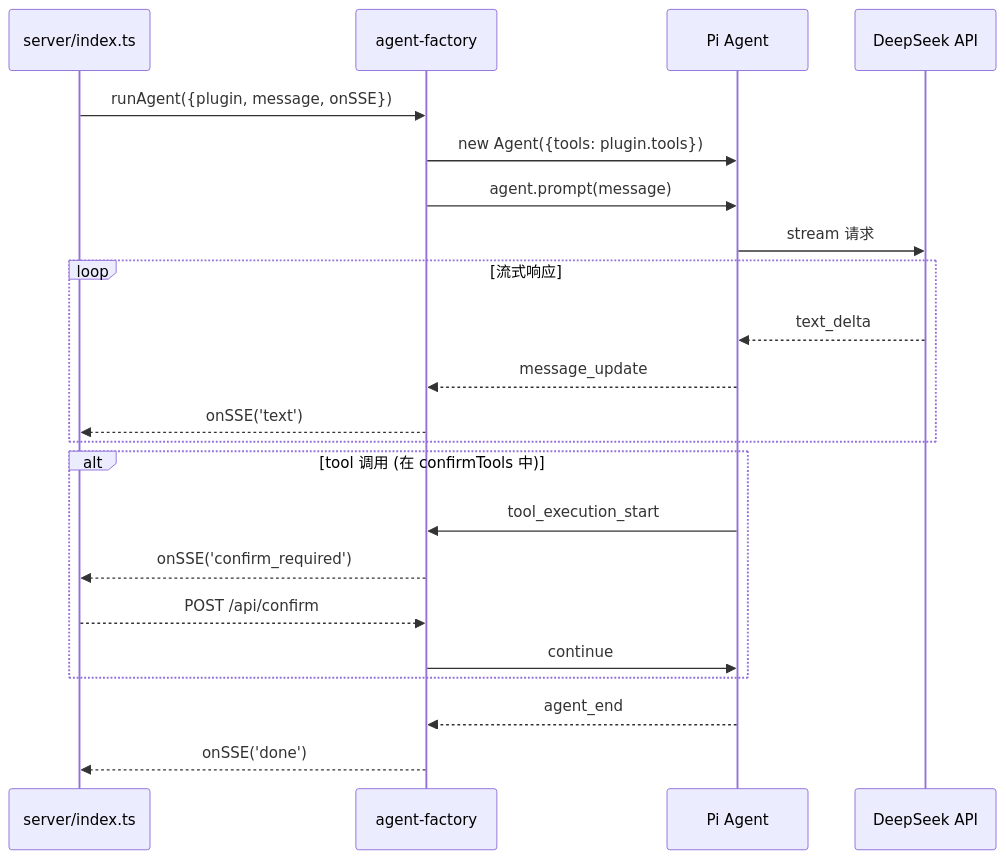
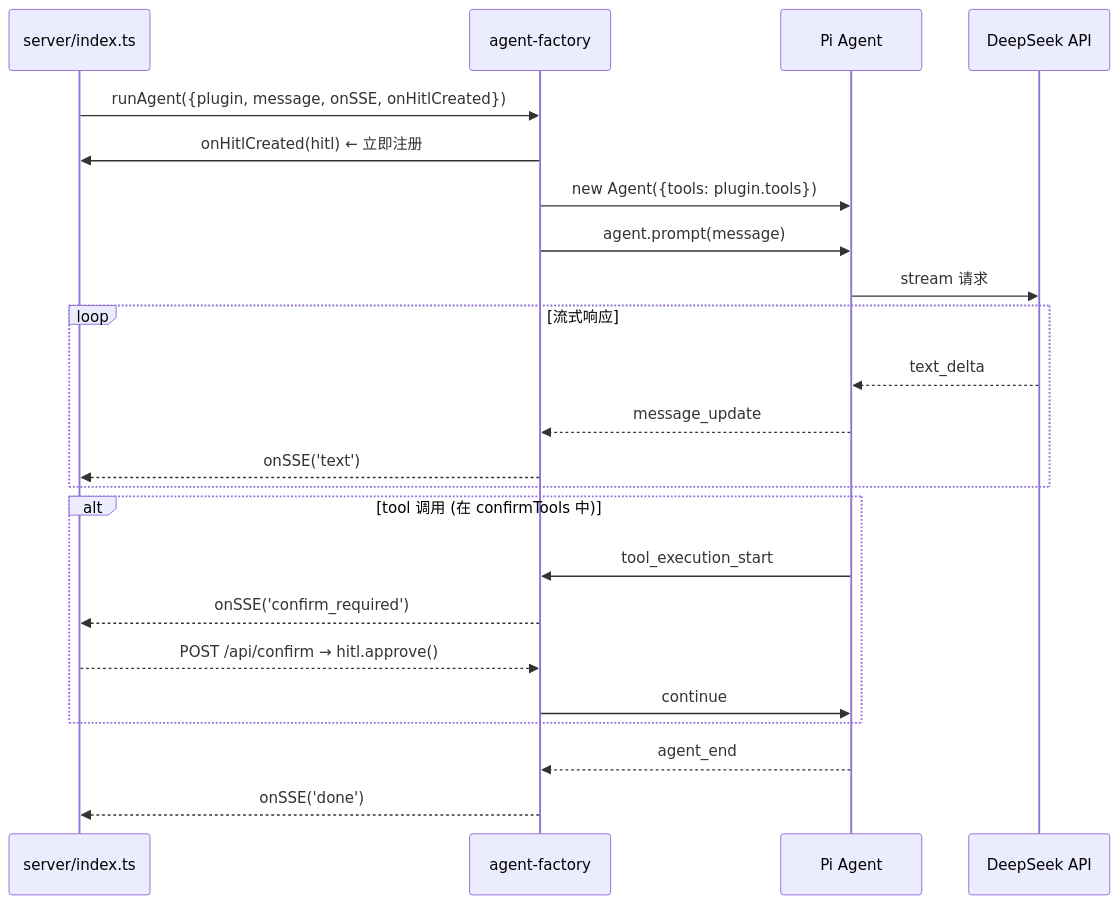
One commit to yjzaaa/leave-approval-agent changed the first of 3 diagrams in src/agent/CLAUDE.md. Above: the diagram before and after it, drawn with Mermaid. The commit also changed other lines of this file and 8 other files, not shown here.

````diff
--- a/src/agent/CLAUDE.md
+++ b/src/agent/CLAUDE.md
@@ -25,28 +28,29 @@
 ```mermaid
 sequenceDiagram
     participant Server as server/index.ts
     participant Factory as agent-factory
     participant Agent as Pi Agent
     participant API as DeepSeek API
 
-    Server->>Factory: runAgent({plugin, message, onSSE})
+    Server->>Factory: runAgent({plugin, message, onSSE, onHitlCreated})
+    Factory->>Server: onHitlCreated(hitl) ← 立即注册
     Factory->>Agent: new Agent({tools: plugin.tools})
     Factory->>Agent: agent.prompt(message)
     Agent->>API: stream 请求
 
     loop 流式响应
         API-->>Agent: text_delta
         Agent-->>Factory: message_update
         Factory-->>Server: onSSE('text')
     end
 
     alt tool 调用 (在 confirmTools 中)
         Agent->>Factory: tool_execution_start
         Factory-->>Server: onSSE('confirm_required')
-        Server-->>Factory: POST /api/confirm
+        Server-->>Factory: POST /api/confirm → hitl.approve()
         Factory->>Agent: continue
     end
 
     Agent-->>Factory: agent_end
     Factory-->>Server: onSSE('done')
 ```
````
